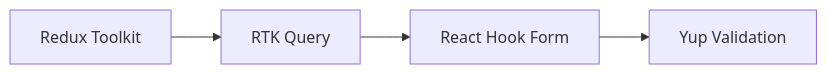
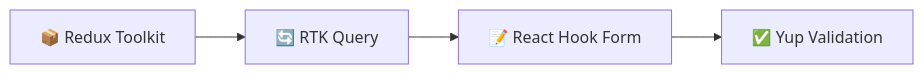
The seventh of 17 diagrams in README.md (sep490-drivemate-system/webapp), drawn with Mermaid before and after one commit. The commit also changed other lines of this file and 1 other file, not shown here.

````diff
--- a/README.md
+++ b/README.md
@@ -302,6 +174,6 @@
 ```mermaid
 graph LR
-    Redux[Redux Toolkit] --> RTK[RTK Query]
-    RTK --> RHF[React Hook Form]
-    RHF --> Yup[Yup Validation]
+    Redux[📦 Redux Toolkit] --> RTK[🔄 RTK Query]
+    RTK --> RHF[📝 React Hook Form]
+    RHF --> Yup[✅ Yup Validation]
 ```
````
